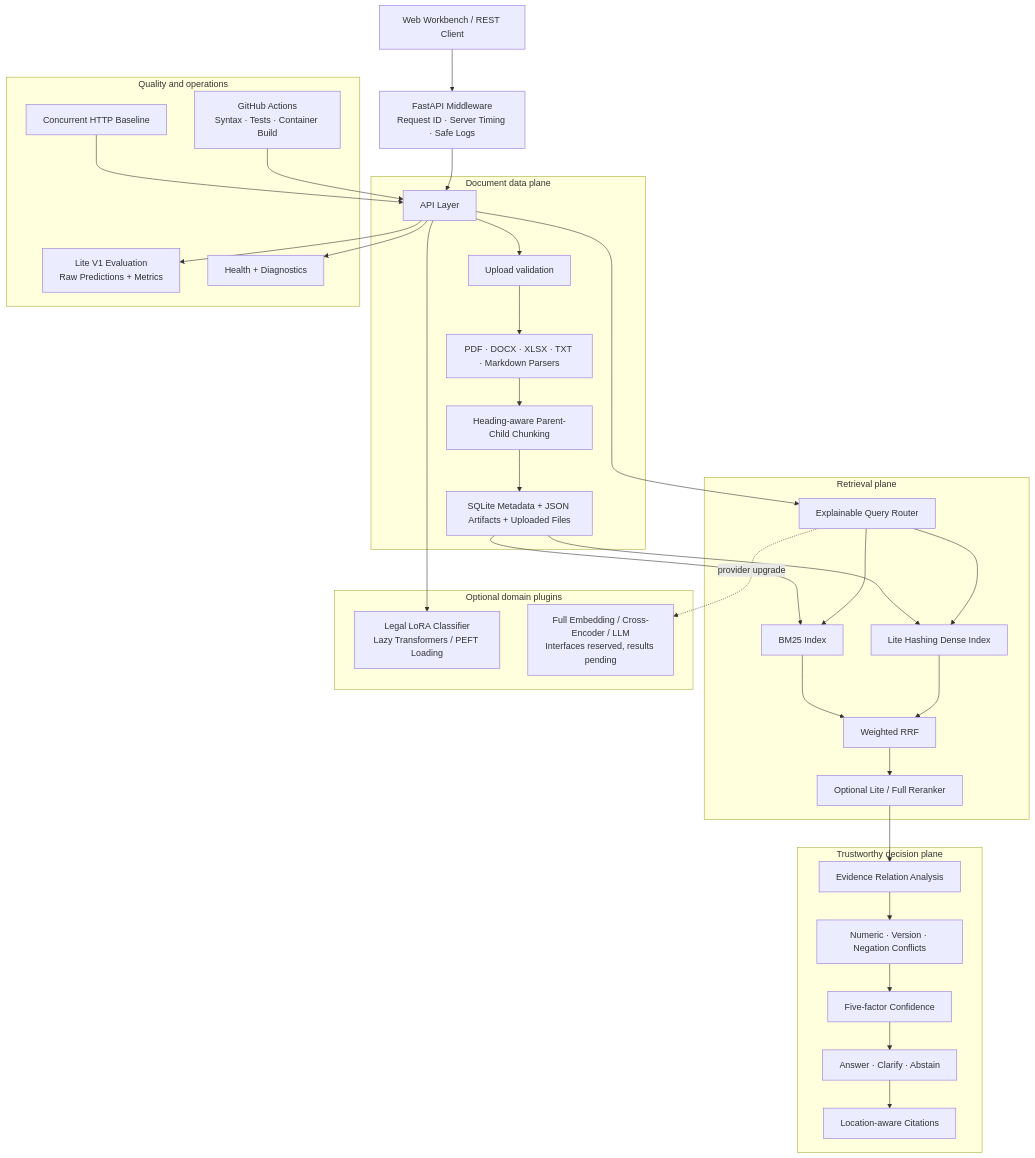
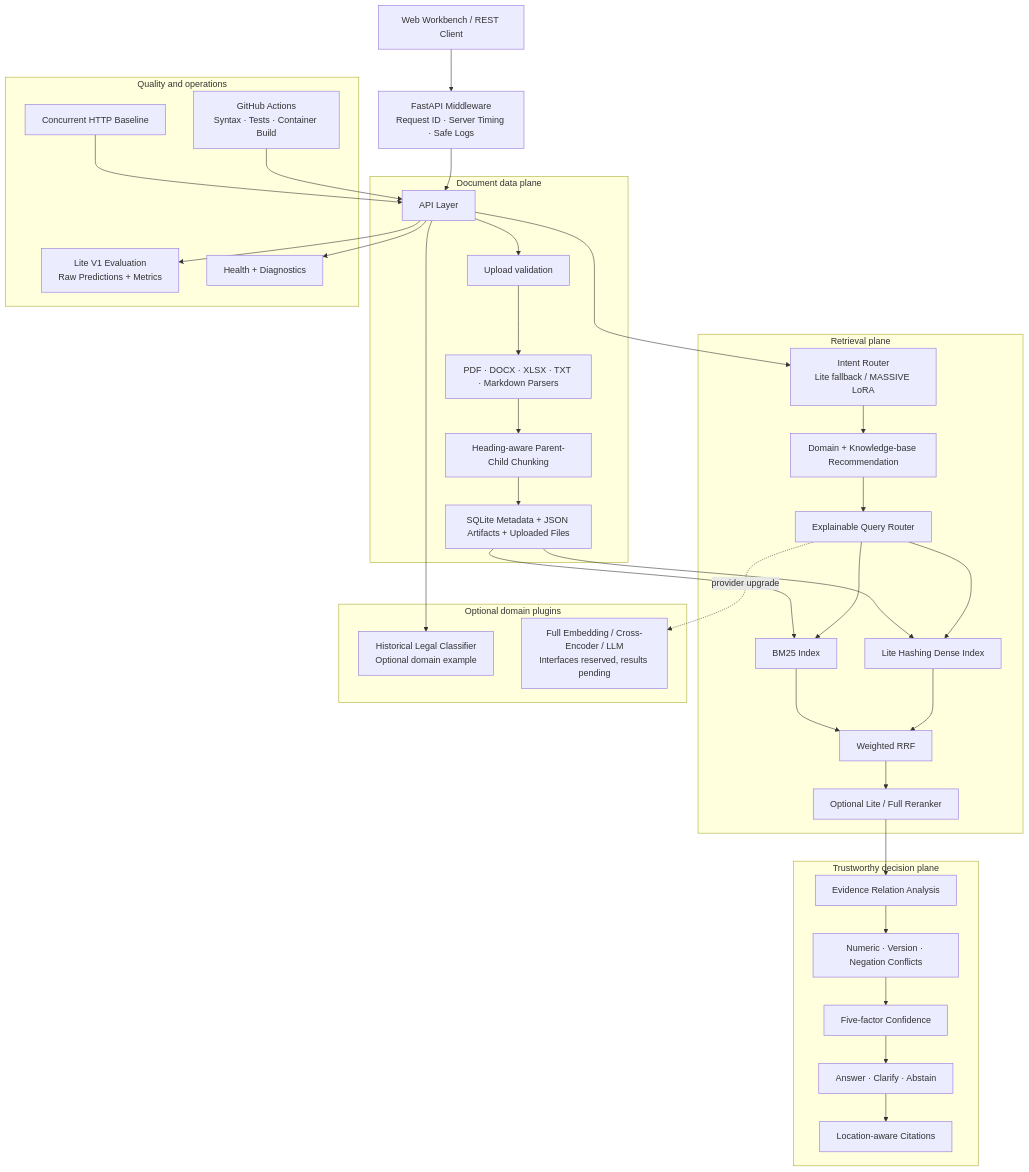
One commit to zhuzhenxiang93-create/RAG changed the diagram in docs/architecture.md. Above: the diagram before and after it, drawn with Mermaid. The commit also changed other lines of this file and 7 other files, not shown here.

````diff
--- a/docs/architecture.md
+++ b/docs/architecture.md
@@ -5,50 +5,52 @@
 ```mermaid
 flowchart TB
     U["Web Workbench / REST Client"] --> M["FastAPI Middleware<br/>Request ID · Server Timing · Safe Logs"]
     M --> API["API Layer"]
 
     subgraph DATA["Document data plane"]
         API --> INGEST["Upload validation"]
         INGEST --> PARSER["PDF · DOCX · XLSX · TXT · Markdown Parsers"]
         PARSER --> CHUNK["Heading-aware Parent-Child Chunking"]
         CHUNK --> STORE["SQLite Metadata + JSON Artifacts + Uploaded Files"]
     end
 
     subgraph RETRIEVAL["Retrieval plane"]
-        API --> ROUTER["Explainable Query Router"]
+        API --> INTENT["Intent Router<br/>Lite fallback / MASSIVE LoRA"]
+        INTENT --> KB["Domain + Knowledge-base Recommendation"]
+        KB --> ROUTER["Explainable Query Router"]
         STORE --> BM25["BM25 Index"]
         STORE --> DENSE["Lite Hashing Dense Index"]
         ROUTER --> BM25
         ROUTER --> DENSE
         BM25 --> RRF["Weighted RRF"]
         DENSE --> RRF
         RRF --> RERANK["Optional Lite / Full Reranker"]
     end
 
     subgraph TRUST["Trustworthy decision plane"]
         RERANK --> EVIDENCE["Evidence Relation Analysis"]
         EVIDENCE --> CONFLICT["Numeric · Version · Negation Conflicts"]
         CONFLICT --> CONFIDENCE["Five-factor Confidence"]
         CONFIDENCE --> DECISION["Answer · Clarify · Abstain"]
         DECISION --> CITATION["Location-aware Citations"]
     end
 
     subgraph EXT["Optional domain plugins"]
-        LEGAL["Legal LoRA Classifier<br/>Lazy Transformers / PEFT Loading"]
+        LEGAL["Historical Legal Classifier<br/>Optional domain example"]
         FULL["Full Embedding / Cross-Encoder / LLM<br/>Interfaces reserved, results pending"]
     end
 
     subgraph QUALITY["Quality and operations"]
         EVAL["Lite V1 Evaluation<br/>Raw Predictions + Metrics"]
         LOAD["Concurrent HTTP Baseline"]
         DIAG["Health + Diagnostics"]
         CI["GitHub Actions<br/>Syntax · Tests · Container Build"]
     end
 
     API --> LEGAL
     ROUTER -. provider upgrade .-> FULL
     API --> EVAL
     API --> DIAG
     LOAD --> API
     CI --> API
 ```
````
